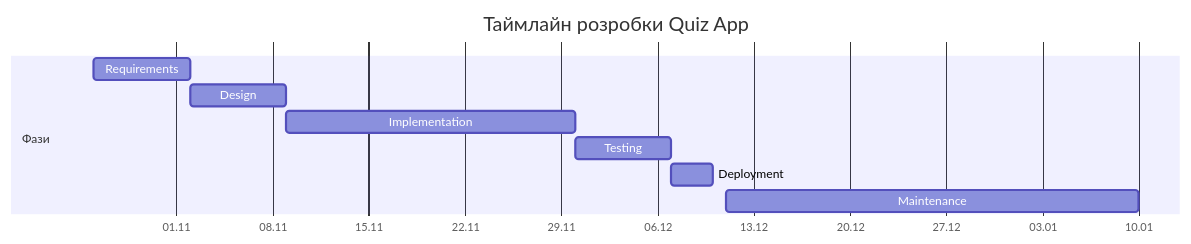
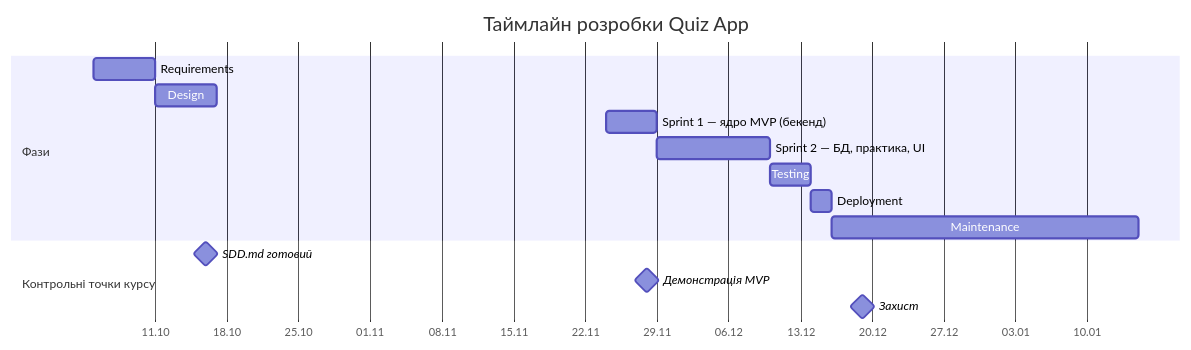
One commit to MariiaPysarenko/QuizApp changed the diagram in SDLC.md. Above: the diagram before and after it, drawn with Mermaid. The commit also changed other lines of this file and 1 other file, not shown here.

Commit message:
docs: update SDLC and SDD

````diff
--- a/SDLC.md
+++ b/SDLC.md
@@ -95,15 +98,21 @@
 ```mermaid
 gantt
     title Таймлайн розробки Quiz App
     dateFormat YYYY-MM-DD
     axisFormat %d.%m
     tickInterval 1week
-
+ 
     section Фази
-    Requirements   :req, 2026-10-26, 7d
-    Design         :des, after req, 7d
-    Implementation :impl, after des, 21d
-    Testing        :test, after impl, 7d
-    Deployment     :dep, after test, 3d
-    Maintenance    :maint, 2026-12-11, 30d
+    Requirements                    :req, 2026-10-05, 6d
+    Design                          :des, after req, 6d
+    Sprint 1 — ядро MVP (бекенд)    :s1, 2026-11-24, 5d
+    Sprint 2 — БД, практика, UI     :s2, after s1, 11d
+    Testing                         :test, after s2, 4d
+    Deployment                      :dep, after test, 2d
+    Maintenance                     :maint, after dep, 30d
+ 
+    section Контрольні точки курсу
+    SDD.md готовий                  :milestone, m1, 2026-10-16, 0d
+    Демонстрація MVP                :milestone, m2, 2026-11-28, 0d
+    Захист                          :milestone, m3, 2026-12-19, 0d
 ```
````
